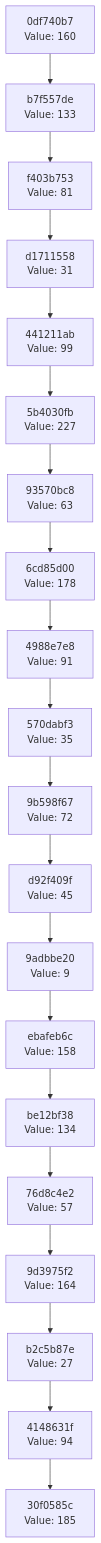
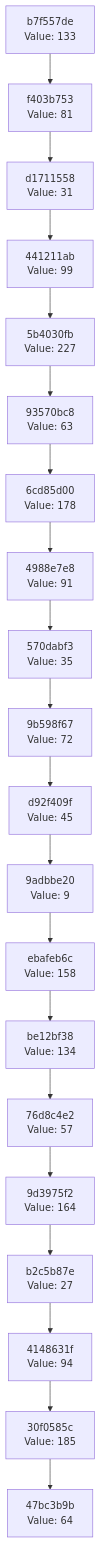
Before and after one commit to Abhisheksinha1506/hash-chain-evolver: the diagram in docs/CHAIN_VISUALIZATION.md, drawn with Mermaid. The commit also changed 3 other files, not shown here.

````diff
--- a/docs/CHAIN_VISUALIZATION.md
+++ b/docs/CHAIN_VISUALIZATION.md
@@ -3,42 +3,42 @@
 ```mermaid
 graph TD
-    C0["30f0585c<br/>Value: 185"]
-    C1["4148631f<br/>Value: 94"]
+    C0["47bc3b9b<br/>Value: 64"]
+    C1["30f0585c<br/>Value: 185"]
     C1 --> C0
-    C2["b2c5b87e<br/>Value: 27"]
+    C2["4148631f<br/>Value: 94"]
     C2 --> C1
-    C3["9d3975f2<br/>Value: 164"]
+    C3["b2c5b87e<br/>Value: 27"]
     C3 --> C2
-    C4["76d8c4e2<br/>Value: 57"]
+    C4["9d3975f2<br/>Value: 164"]
     C4 --> C3
-    C5["be12bf38<br/>Value: 134"]
+    C5["76d8c4e2<br/>Value: 57"]
     C5 --> C4
-    C6["ebafeb6c<br/>Value: 158"]
+    C6["be12bf38<br/>Value: 134"]
     C6 --> C5
-    C7["9adbbe20<br/>Value: 9"]
+    C7["ebafeb6c<br/>Value: 158"]
     C7 --> C6
-    C8["d92f409f<br/>Value: 45"]
+    C8["9adbbe20<br/>Value: 9"]
     C8 --> C7
-    C9["9b598f67<br/>Value: 72"]
+    C9["d92f409f<br/>Value: 45"]
     C9 --> C8
-    C10["570dabf3<br/>Value: 35"]
+    C10["9b598f67<br/>Value: 72"]
     C10 --> C9
-    C11["4988e7e8<br/>Value: 91"]
+    C11["570dabf3<br/>Value: 35"]
     C11 --> C10
-    C12["6cd85d00<br/>Value: 178"]
+    C12["4988e7e8<br/>Value: 91"]
     C12 --> C11
-    C13["93570bc8<br/>Value: 63"]
+    C13["6cd85d00<br/>Value: 178"]
     C13 --> C12
-    C14["5b4030fb<br/>Value: 227"]
+    C14["93570bc8<br/>Value: 63"]
     C14 --> C13
-    C15["441211ab<br/>Value: 99"]
+    C15["5b4030fb<br/>Value: 227"]
     C15 --> C14
-    C16["d1711558<br/>Value: 31"]
+    C16["441211ab<br/>Value: 99"]
     C16 --> C15
-    C17["f403b753<br/>Value: 81"]
+    C17["d1711558<br/>Value: 31"]
     C17 --> C16
-    C18["b7f557de<br/>Value: 133"]
+    C18["f403b753<br/>Value: 81"]
     C18 --> C17
-    C19["0df740b7<br/>Value: 160"]
+    C19["b7f557de<br/>Value: 133"]
     C19 --> C18
 ```
````
